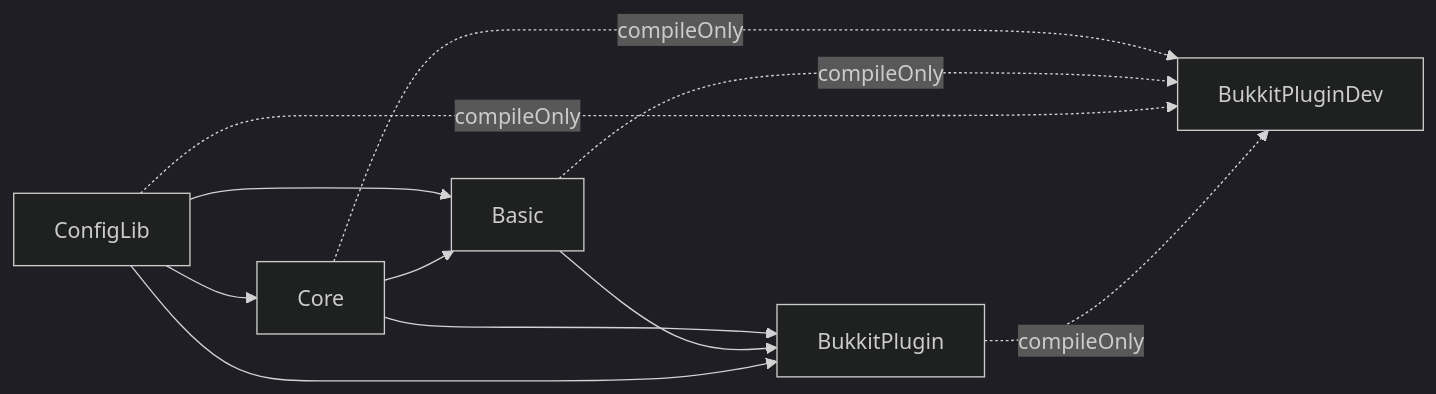
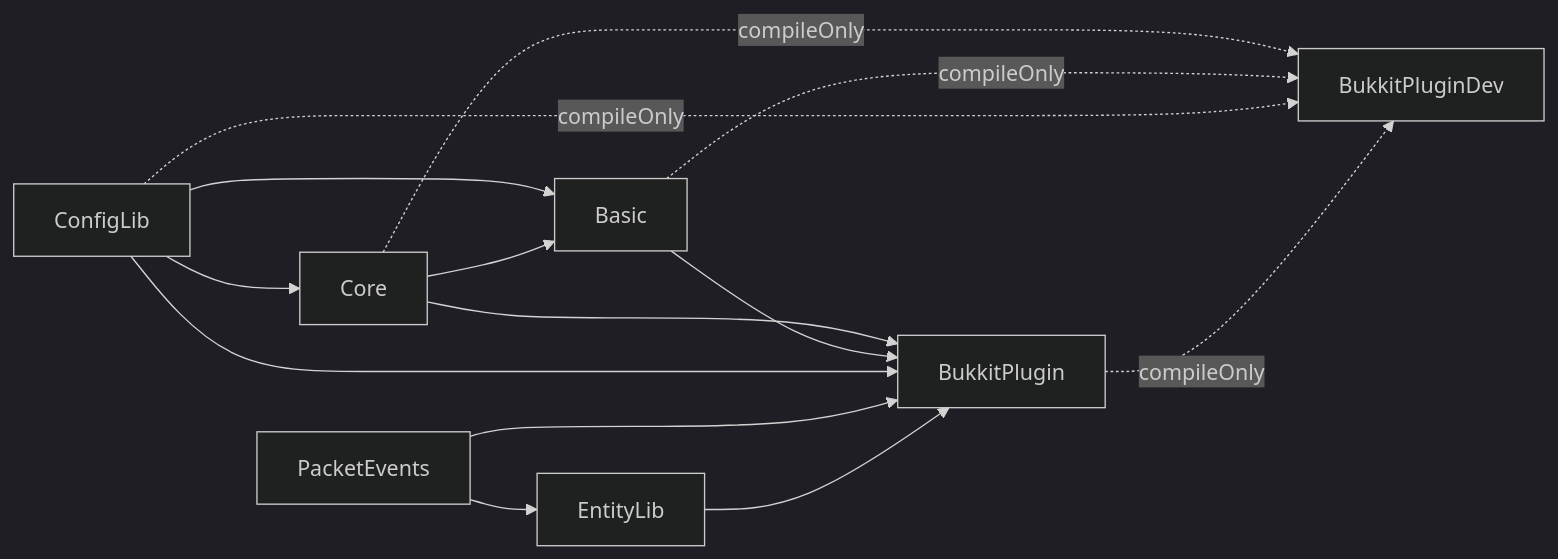
One commit to i-Moril/JavaRailways changed the diagram in docs/architecture/modules.md. Above: the diagram before and after it, drawn with Mermaid (dark theme). The commit also changed other lines of this file and 4 other files, not shown here.

Commit message:
Document selectable display rendering architecture

````diff
--- a/docs/architecture/modules.md
+++ b/docs/architecture/modules.md
@@ -23,13 +25,16 @@
 ```mermaid
 flowchart LR
     ConfigLib --> Core
     ConfigLib --> Basic
     Core --> Basic
     Core --> BukkitPlugin
     Basic --> BukkitPlugin
     ConfigLib --> BukkitPlugin
+    PacketEvents --> BukkitPlugin
+    EntityLib --> BukkitPlugin
+    PacketEvents --> EntityLib
     Core -. compileOnly .-> BukkitPluginDev
     Basic -. compileOnly .-> BukkitPluginDev
     ConfigLib -. compileOnly .-> BukkitPluginDev
     BukkitPlugin -. compileOnly .-> BukkitPluginDev
 ```
````
